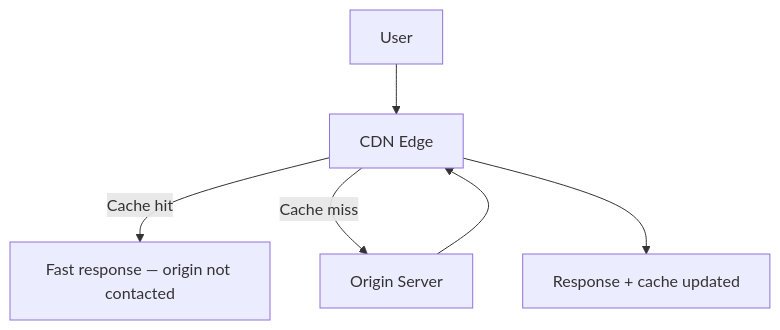
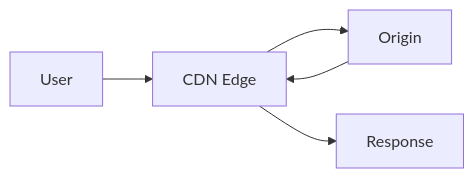
Diagram 15 of 17 in 01-networking/README.md (hareramcse/SystemDesign), drawn with Mermaid before and after one commit. The commit also changed other lines of this file, not shown here.

````diff
--- a/01-networking/README.md
+++ b/01-networking/README.md
@@ -4992,8 +4873,4 @@
 ```mermaid
-flowchart TB
-  U[User] --> E[CDN Edge]
-  E -->|Cache hit| U2[Fast response — origin not contacted]
-  E -->|Cache miss| O[Origin Server]
-  O --> E
-  E --> U3[Response + cache updated]
+flowchart LR
+    U[User] --> E[CDN Edge] --> O[Origin] --> E --> R[Response]
 ```
````
